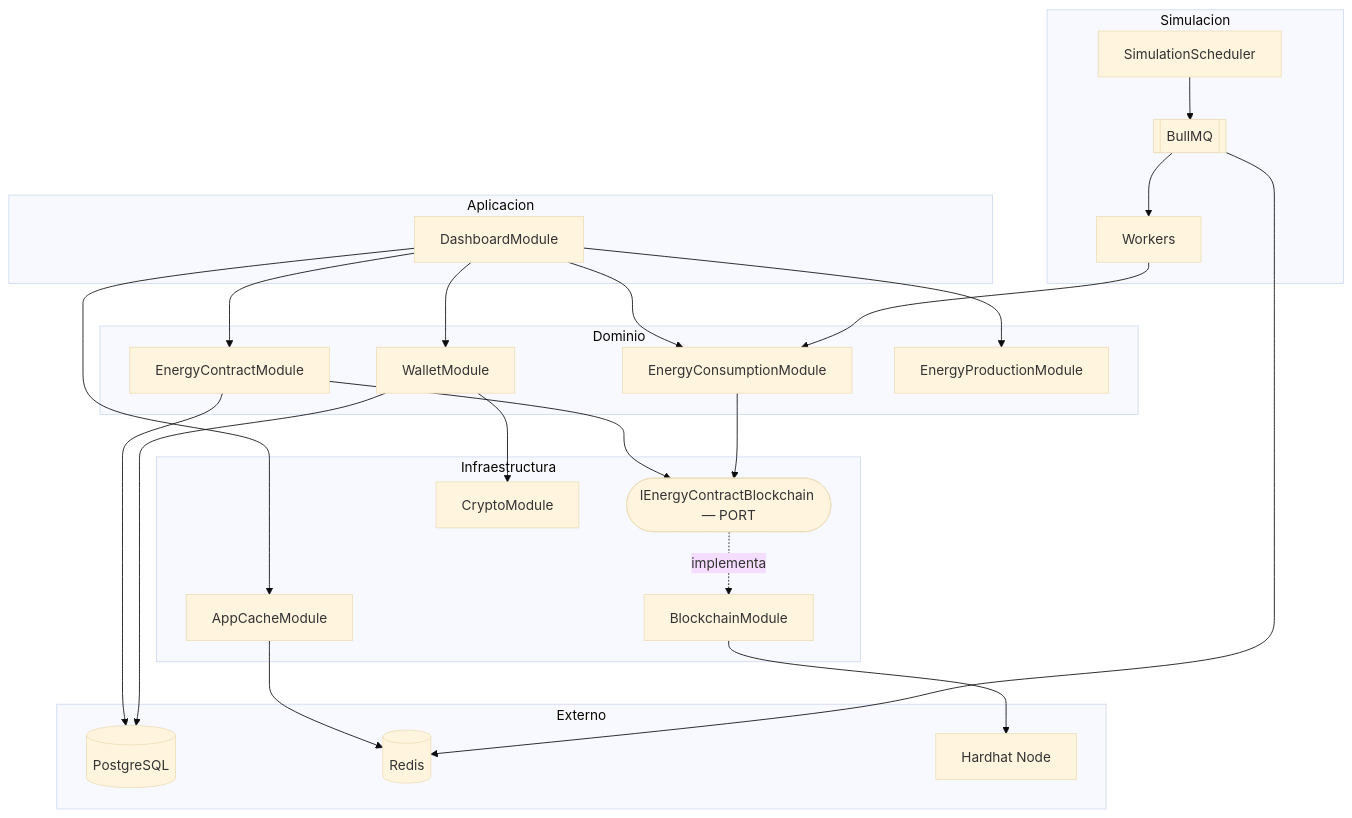
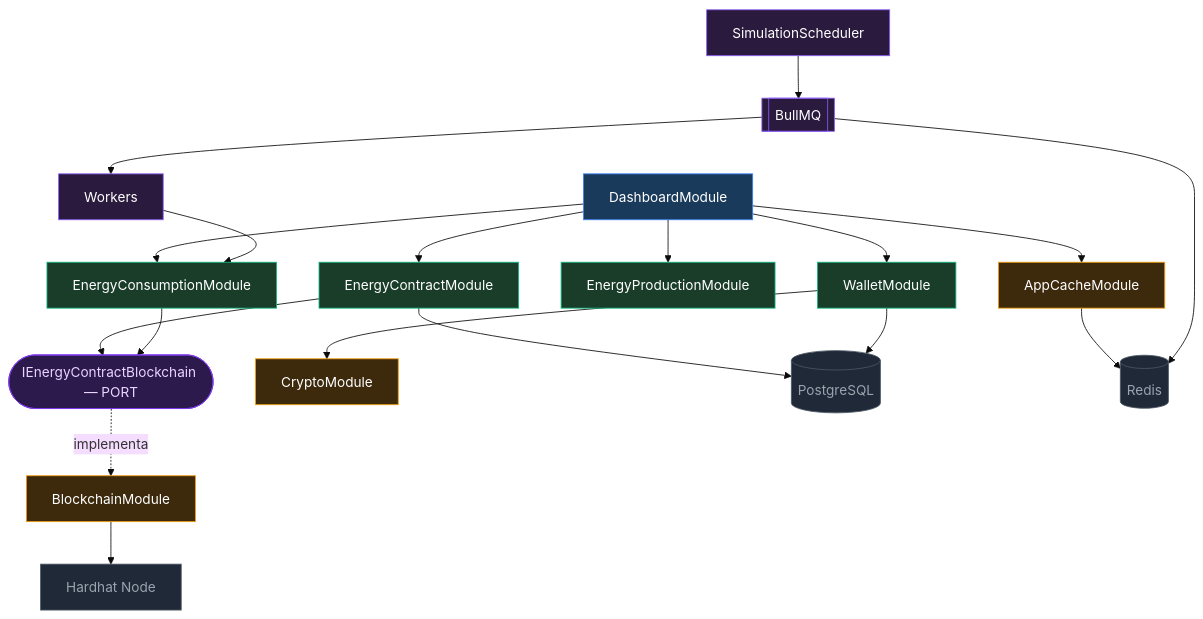
One commit to desideriodr/blockchain-energia changed the second of 3 diagrams in README.md. Above: the diagram before and after it, drawn with Mermaid (base theme).

Commit message:
actualizando readme

````diff
--- a/README.md
+++ b/README.md
@@ -65,39 +65,52 @@
 ```mermaid
 graph TD
-    subgraph Aplicacion["Aplicacion"]
-        D["DashboardModule"]
-    end
+    D["DashboardModule"]
 
-    subgraph Dominio["Dominio"]
-        EC["EnergyContractModule"]
-        ECO["EnergyConsumptionModule"]
-        W["WalletModule"]
-        EP["EnergyProductionModule"]
-    end
+    D --> EC
+    D --> ECO
+    D --> EP
+    D --> W
+    D --> CA
 
-    subgraph Infraestructura["Infraestructura"]
-        PORT(["IEnergyContractBlockchain — PORT"])
-        BC["BlockchainModule"]
-        CA["AppCacheModule"]
-        CR["CryptoModule"]
-    end
+    EC["EnergyContractModule"]
+    ECO["EnergyConsumptionModule"]
+    EP["EnergyProductionModule"]
+    W["WalletModule"]
 
-    subgraph Simulacion["Simulacion"]
-        SC["SimulationScheduler"] --> BQ[["BullMQ"]] --> WK["Workers"]
-    end
+    EC --> PORT
+    ECO --> PORT
+    PORT(["IEnergyContractBlockchain — PORT"])
+    PORT -.->|implementa| BC["BlockchainModule"]
 
-    subgraph Externo["Externo"]
-        PG[("PostgreSQL")]
-        RD[("Redis")]
-        HH["Hardhat Node"]
-    end
+    W --> CR["CryptoModule"]
+    CA["AppCacheModule"]
 
-    D --> EC & ECO & EP & W & CA
-    EC & ECO --> PORT
-    PORT -.->|implementa| BC
-    W --> CR
-    WK --> ECO
+    SCH["SimulationScheduler"]
+    BQ[["BullMQ"]]
+    WK["Workers"]
+    SCH --> BQ --> WK --> ECO
+
+    PG[("PostgreSQL")]
+    RD[("Redis")]
+    HH["Hardhat Node"]
+
+    EC --> PG
+    W --> PG
     BC --> HH
-    EC & W --> PG
-    CA & BQ --> RD
+    CA --> RD
+    BQ --> RD
+
+    classDef app    fill:#1a3a5c,stroke:#3b82f6,color:#fff
+    classDef dom    fill:#1a3d2a,stroke:#10b981,color:#fff
+    classDef infra  fill:#3d2a0d,stroke:#f59e0b,color:#fff
+    classDef sim    fill:#2a1a3d,stroke:#8b5cf6,color:#fff
+    classDef ext    fill:#1f2937,stroke:#4b5563,color:#9ca3af
+    classDef port   fill:#2d1a4d,stroke:#7c3aed,color:#e9d5ff
+
+    class D app
+    class EC,ECO,EP,W dom
+    class BC,CR,CA infra
+    class SCH,BQ,WK sim
+    class PG,RD,HH ext
+    class PORT port
 ```
````
